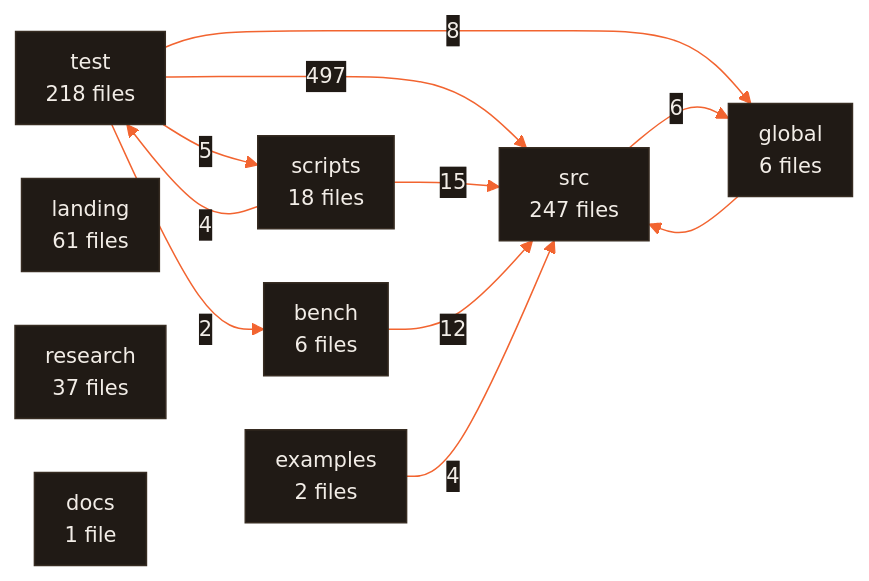
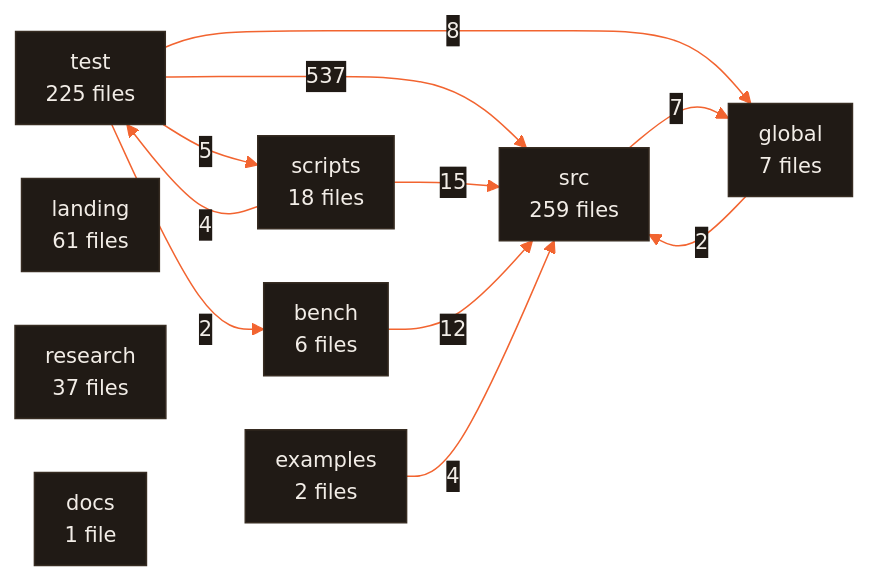
Before and after one commit to CodeWithJuber/forgekit: the diagram in ARCHITECTURE.md, drawn with Mermaid. The commit also changed other lines of this file and 216 other files, not shown here.

````diff
--- a/ARCHITECTURE.md
+++ b/ARCHITECTURE.md
@@ -678,23 +630,23 @@
 ```mermaid
 %%{init: {'theme':'base','themeVariables':{'primaryColor':'#201a15','primaryTextColor':'#f2ede7','primaryBorderColor':'#372c22','lineColor':'#f26430','secondaryColor':'#272019','tertiaryColor':'#171310','edgeLabelBackground':'#201a15','clusterBkg':'#171310','clusterBorder':'#4a3b2e','fontFamily':'ui-sans-serif, system-ui, sans-serif','fontSize':'14px'},'flowchart':{'curve':'basis','padding':10,'nodeSpacing':36,'rankSpacing':44}}}%%
 flowchart LR
-  src["src<br/>247 files"]
-  test["test<br/>218 files"]
+  src["src<br/>259 files"]
+  test["test<br/>225 files"]
   landing["landing<br/>61 files"]
   research["research<br/>37 files"]
   scripts["scripts<br/>18 files"]
+  global["global<br/>7 files"]
   bench["bench<br/>6 files"]
-  global["global<br/>6 files"]
   examples["examples<br/>2 files"]
   docs["docs<br/>1 file"]
-  test -- 497 --> src
+  test -- 537 --> src
   scripts -- 15 --> src
   bench -- 12 --> src
   test -- 8 --> global
-  src -- 6 --> global
+  src -- 7 --> global
   test -- 5 --> scripts
   examples -- 4 --> src
   scripts -- 4 --> test
+  global -- 2 --> src
   test -- 2 --> bench
-  global --> src
 ```
````
